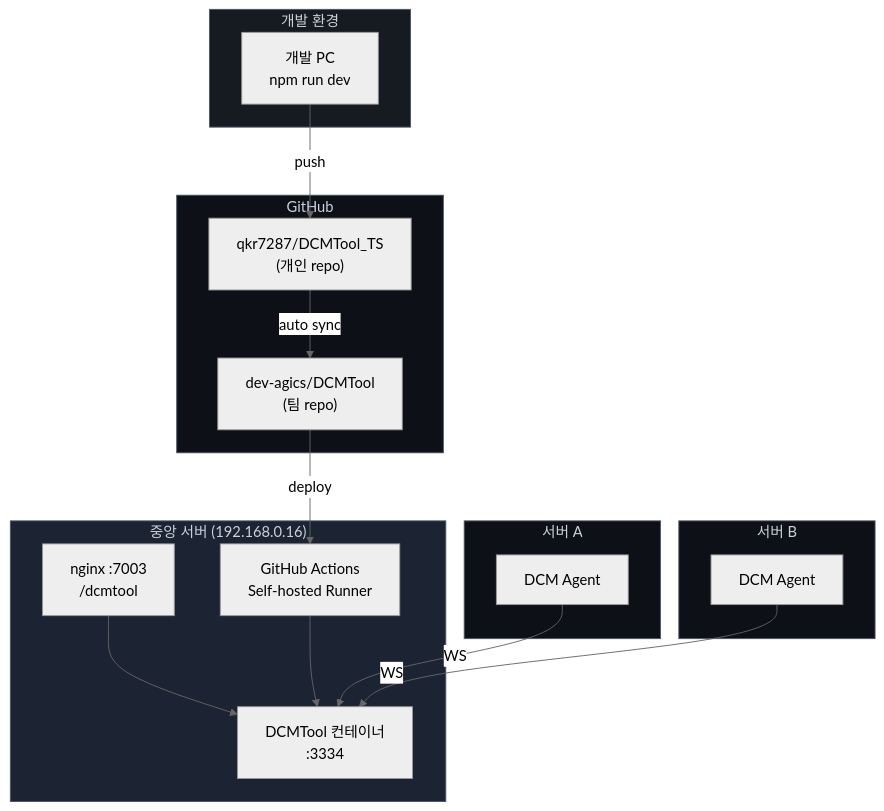
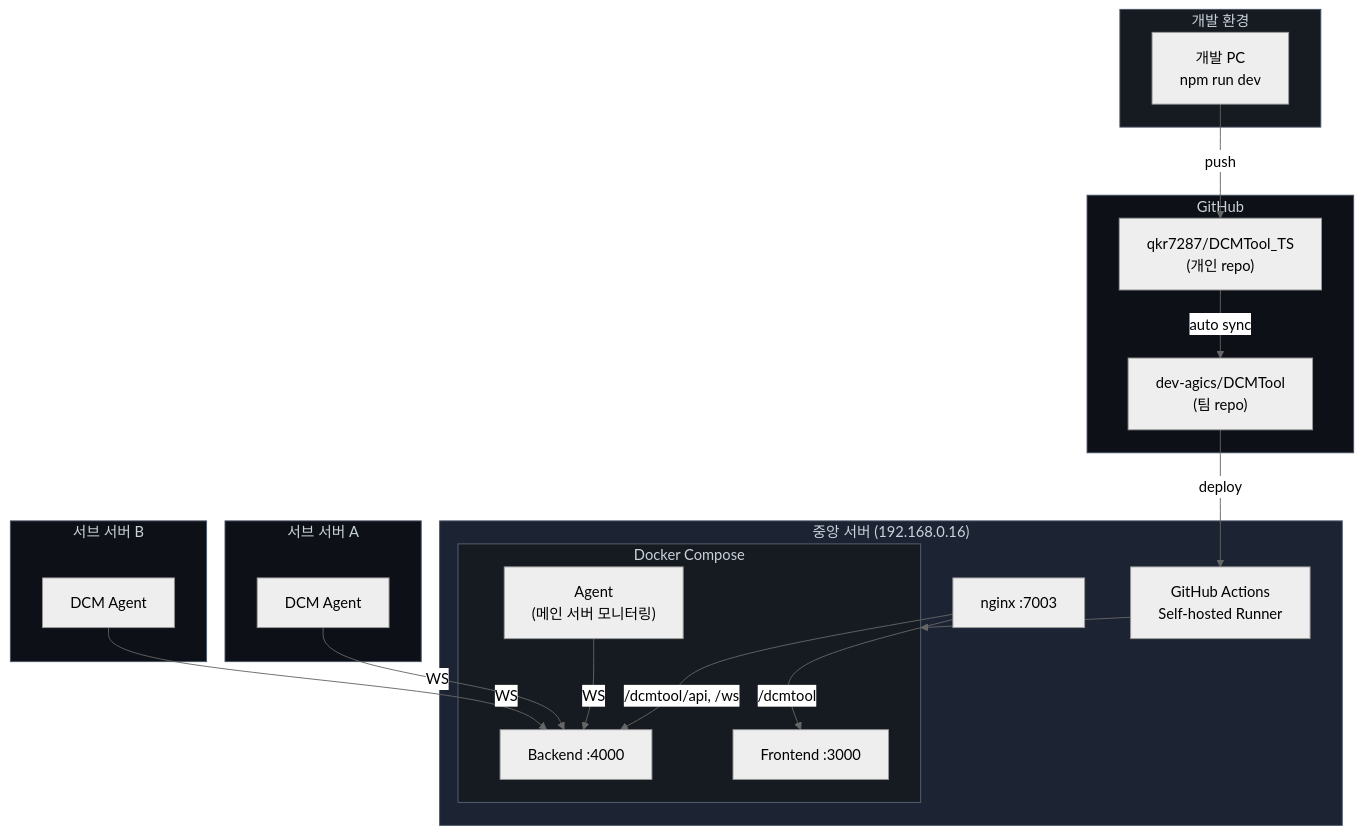
The tenth of 11 diagrams in docs/to-be-architecture.md (qkr7287/HyperCube), drawn with Mermaid (neutral theme) before and after one commit. The commit also changed other lines of this file, not shown here.

First line of the commit message:
docs: restructure to-be architecture with separated containers

````diff
--- a/docs/to-be-architecture.md
+++ b/docs/to-be-architecture.md
@@ -469,39 +553,46 @@
 ```mermaid
 graph TB
     subgraph Dev["개발 환경"]
         DevPC["개발 PC<br/>npm run dev"]
     end
 
     subgraph GitHub["GitHub"]
         TS["qkr7287/DCMTool_TS<br/>(개인 repo)"]
         Team["dev-agics/DCMTool<br/>(팀 repo)"]
         TS -->|auto sync| Team
     end
 
     subgraph Central["중앙 서버 (192.168.0.16)"]
-        Nginx["nginx :7003<br/>/dcmtool"]
-        DCM["DCMTool 컨테이너<br/>:3334"]
+        Nginx["nginx :7003"]
+        subgraph DockerCompose["Docker Compose"]
+            FE["Frontend :3000"]
+            BE["Backend :4000"]
+            AgentM["Agent<br/>(메인 서버 모니터링)"]
+        end
         Runner["GitHub Actions<br/>Self-hosted Runner"]
-        Nginx --> DCM
+        Nginx -->|"/dcmtool"| FE
+        Nginx -->|"/dcmtool/api, /ws"| BE
+        AgentM -->|WS| BE
     end
 
-    subgraph Remote1["서버 A"]
+    subgraph Remote1["서브 서버 A"]
         AgentA["DCM Agent"]
     end
 
-    subgraph Remote2["서버 B"]
+    subgraph Remote2["서브 서버 B"]
         AgentB["DCM Agent"]
     end
 
     DevPC -->|push| TS
     Team -->|deploy| Runner
-    Runner --> DCM
-    AgentA -->|WS| DCM
-    AgentB -->|WS| DCM
+    Runner --> DockerCompose
+    AgentA -->|WS| BE
+    AgentB -->|WS| BE
 
     style Dev fill:#161b22,stroke:#4a5568,color:#c9d1d9
     style GitHub fill:#0d1117,stroke:#4a5568,color:#c9d1d9
     style Central fill:#1c2333,stroke:#4a5568,color:#c9d1d9
+    style DockerCompose fill:#161b22,stroke:#586474,color:#c9d1d9
     style Remote1 fill:#0d1117,stroke:#4a5568,color:#c9d1d9
     style Remote2 fill:#0d1117,stroke:#4a5568,color:#c9d1d9
 ```
````
